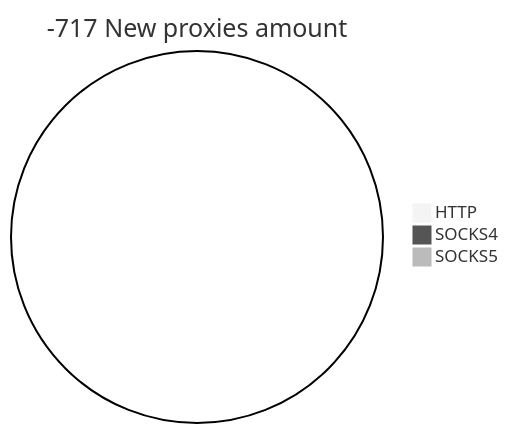
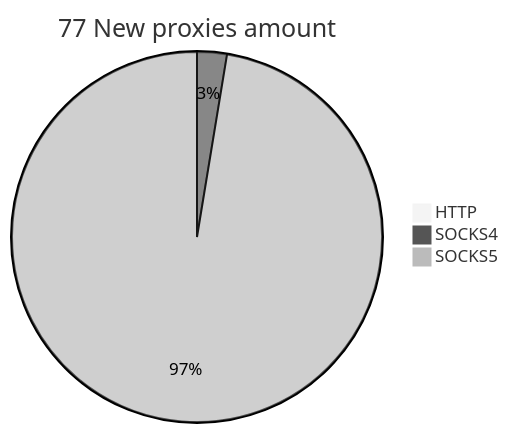
One commit to cutipu/proxylist changed the second of 2 diagrams in README.md. Above: the diagram before and after it, drawn with Mermaid (neutral theme). The commit also changed other lines of this file, not shown here.

````diff
--- a/README.md
+++ b/README.md
@@ -10,6 +10,6 @@
 ```mermaid
-pie title -717 New proxies amount
+pie title 77 New proxies amount
     "HTTP" : 0
-    "SOCKS4" : 0
-    "SOCKS5" : 0
+    "SOCKS4" : 2
+    "SOCKS5" : 75
 ```
````
